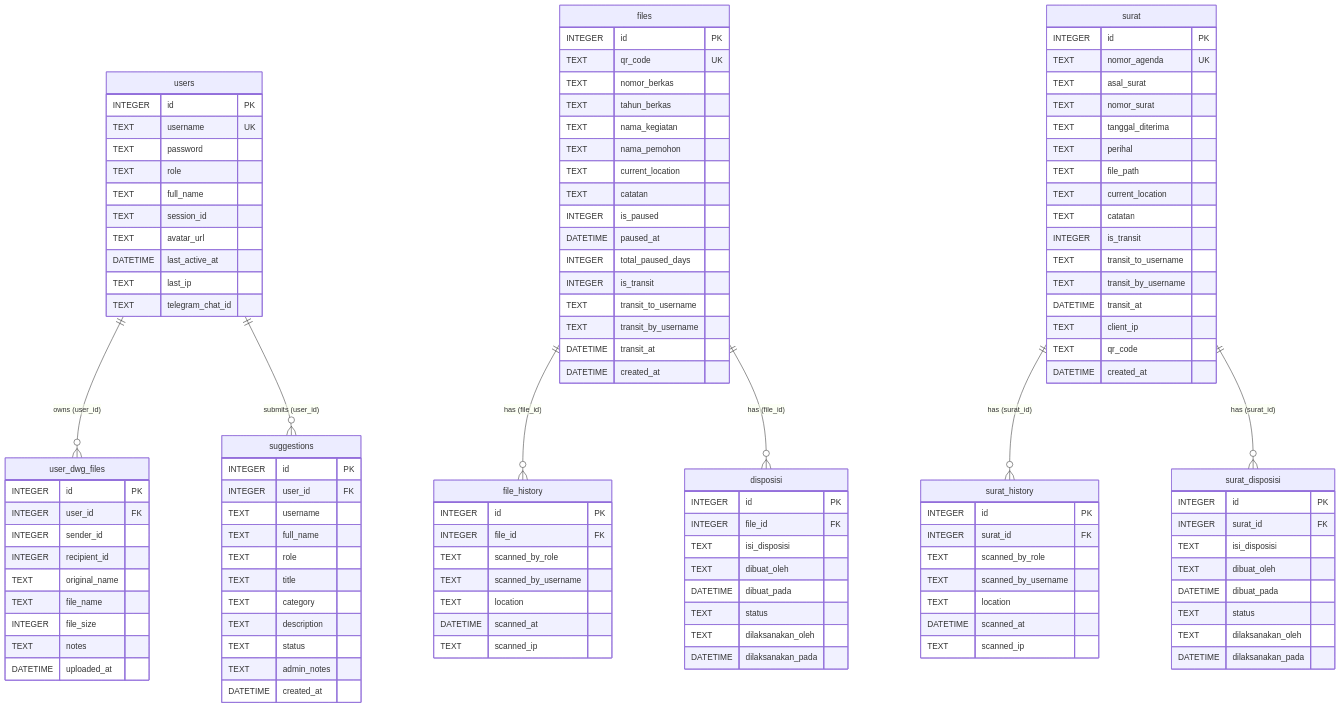
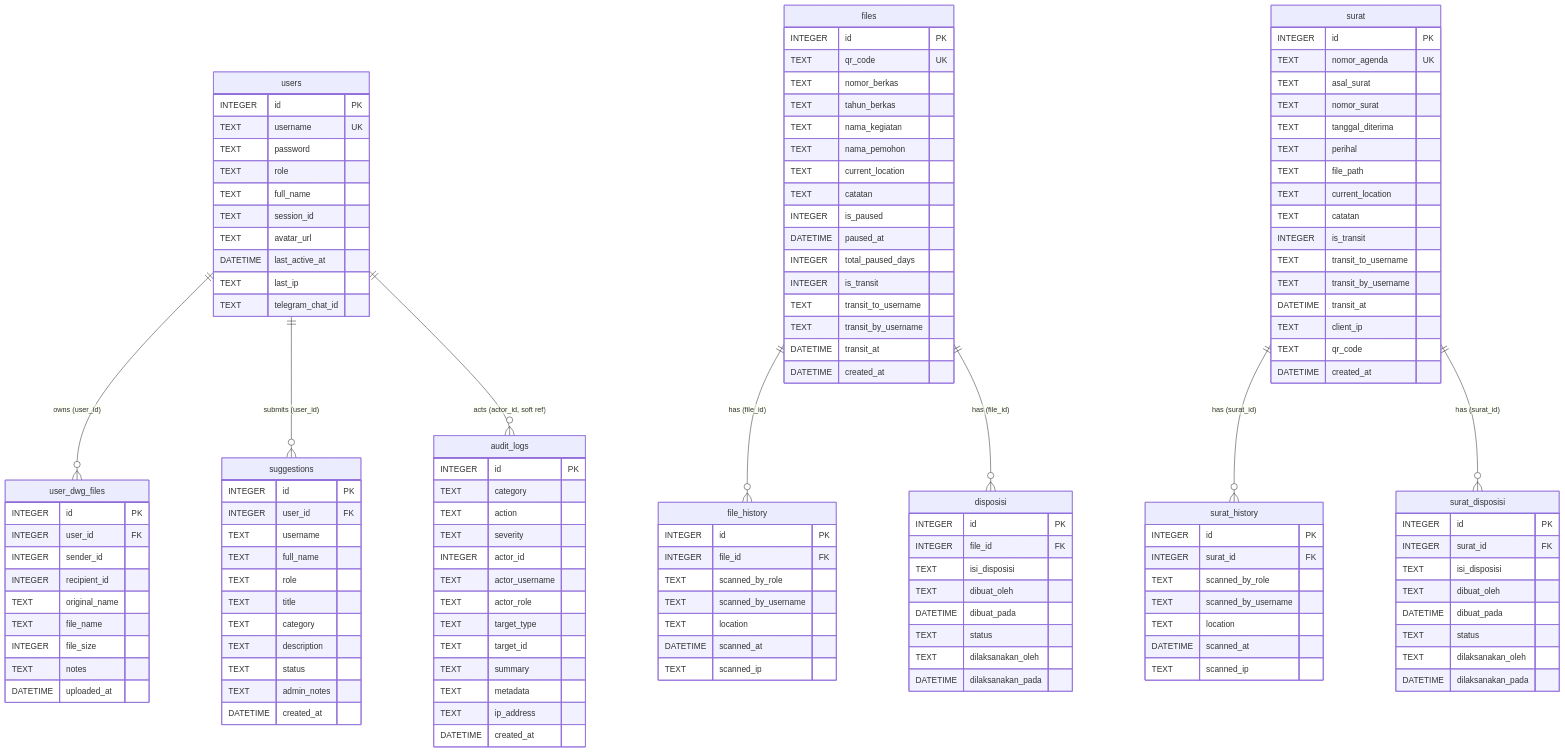
The diagram in HANDOVER_PANTAU_KANTAH.md (dicoandilasuhanda/pantau-kantah-tangsel), drawn with Mermaid before and after one commit. The commit also changed other lines of this file and 3 other files, not shown here.

````diff
--- a/HANDOVER_PANTAU_KANTAH.md
+++ b/HANDOVER_PANTAU_KANTAH.md
@@ -242,6 +242,7 @@
 erDiagram
     users ||--o{ user_dwg_files : "owns (user_id)"
     users ||--o{ suggestions : "submits (user_id)"
+    users ||--o{ audit_logs : "acts (actor_id, soft ref)"
     files ||--o{ file_history : "has (file_id)"
     files ||--o{ disposisi : "has (file_id)"
     surat ||--o{ surat_history : "has (surat_id)"
@@ -365,4 +366,20 @@
         TEXT admin_notes
         DATETIME created_at
     }
+
+    audit_logs {
+        INTEGER id PK
+        TEXT category
+        TEXT action
+        TEXT severity
+        INTEGER actor_id
+        TEXT actor_username
+        TEXT actor_role
+        TEXT target_type
+        TEXT target_id
+        TEXT summary
+        TEXT metadata
+        TEXT ip_address
+        DATETIME created_at
+    }
 ```
````
